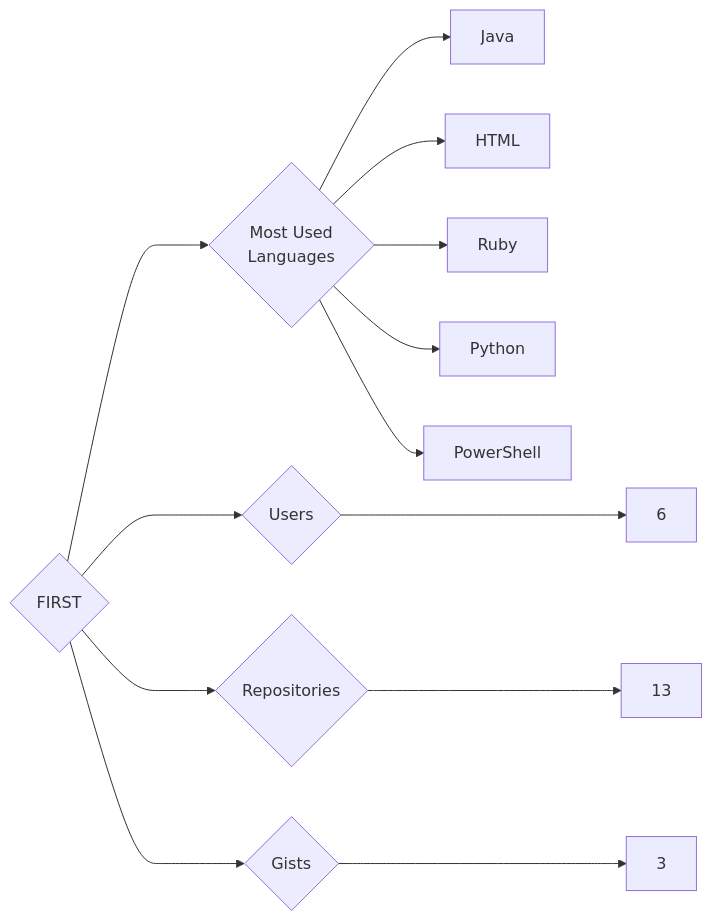
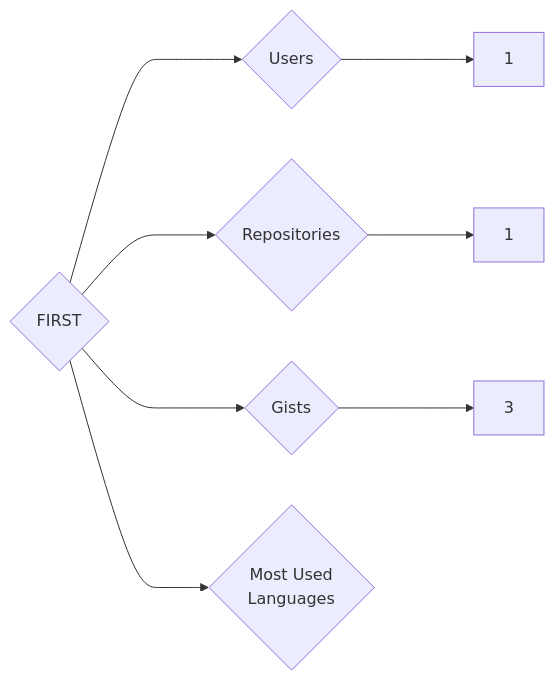
One commit to trickest/insiders changed the diagram in targets/FIRST/README.md. Above: the diagram before and after it, drawn with Mermaid. The commit also changed 772 other files, not shown here.

````diff
--- a/targets/FIRST/README.md
+++ b/targets/FIRST/README.md
@@ -3,13 +3,8 @@
 ```mermaid
 graph LR
 COMPANY_NAME{FIRST}
-COMPANY_NAME ---> U{Users} ---> UN[6]
-COMPANY_NAME ---> R{Repositories} ---> RN[13]
+COMPANY_NAME ---> U{Users} ---> UN[1]
+COMPANY_NAME ---> R{Repositories} ---> RN[1]
 COMPANY_NAME ---> G{Gists} ---> GN[3]
 COMPANY_NAME ---> ML{Most Used<br>Languages}
-ML --> Java[Java]
-ML --> HTML[HTML]
-ML --> Ruby[Ruby]
-ML --> Python[Python]
-ML --> PowerShell[PowerShell]
 ```
````
